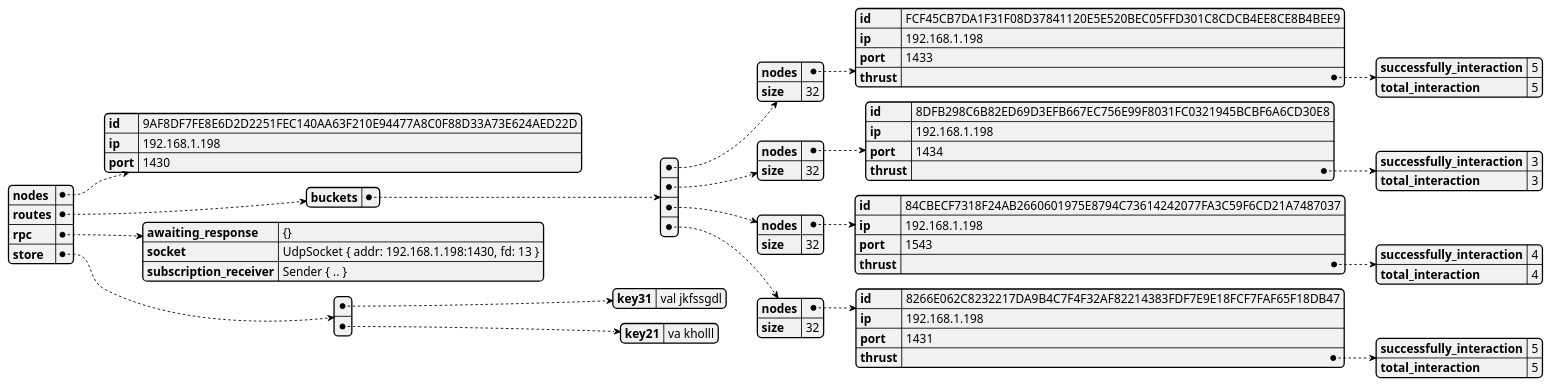
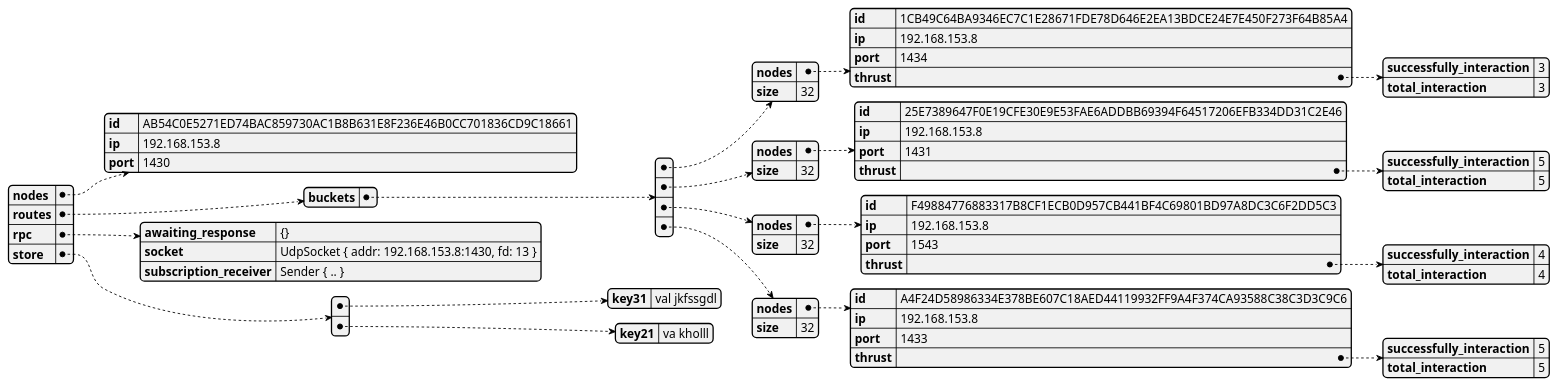
Before and after one commit to GoliathHagar/distributed_legder_kademlia: the diagram in src/distributed_legder/state_dumps/test-contact-1.json.plantuml, drawn with PlantUML. The commit also changed 28 other files, not shown here.

```diff
--- a/src/distributed_legder/state_dumps/test-contact-1.json.plantuml
+++ b/src/distributed_legder/state_dumps/test-contact-1.json.plantuml
@@ -1,3 +1,3 @@
 @startjson
-{"nodes":{"id":"9AF8DF7FE8E6D2D2251FEC140AA63F210E94477A8C0F88D33A73E624AED22D","ip":"192.168.1.198","port":1430},"routes":{"buckets":[{"nodes":{"id":"FCF45CB7DA1F31F08D37841120E5E520BEC05FFD301C8CDCB4EE8CE8B4BEE9","ip":"192.168.1.198","port":1433,"thrust":{"successfully_interaction":5,"total_interaction":5}},"size":32},{"nodes":{"id":"8DFB298C6B82ED69D3EFB667EC756E99F8031FC0321945BCBF6A6CD30E8","ip":"192.168.1.198","port":1434,"thrust":{"successfully_interaction":3,"total_interaction":3}},"size":32},{"nodes":{"id":"84CBECF7318F24AB2660601975E8794C73614242077FA3C59F6CD21A7487037","ip":"192.168.1.198","port":1543,"thrust":{"successfully_interaction":4,"total_interaction":4}},"size":32},{"nodes":{"id":"8266E062C8232217DA9B4C7F4F32AF82214383FDF7E9E18FCF7FAF65F18DB47","ip":"192.168.1.198","port":1431,"thrust":{"successfully_interaction":5,"total_interaction":5}},"size":32}]},"rpc":{"awaiting_response":"{}","socket":"UdpSocket { addr: 192.168.1.198:1430, fd: 13 }","subscription_receiver":"Sender { .. }"},"store":[{"key31":"val jkfssgdl"},{"key21":"va kholll"}]}
+{"nodes":{"id":"AB54C0E5271ED74BAC859730AC1B8B631E8F236E46B0CC701836CD9C18661","ip":"192.168.153.8","port":1430},"routes":{"buckets":[{"nodes":{"id":"1CB49C64BA9346EC7C1E28671FDE78D646E2EA13BDCE24E7E450F273F64B85A4","ip":"192.168.153.8","port":1434,"thrust":{"successfully_interaction":3,"total_interaction":3}},"size":32},{"nodes":{"id":"25E7389647F0E19CFE30E9E53FAE6ADDBB69394F64517206EFB334DD31C2E46","ip":"192.168.153.8","port":1431,"thrust":{"successfully_interaction":5,"total_interaction":5}},"size":32},{"nodes":{"id":"F49884776883317B8CF1ECB0D957CB441BF4C69801BD97A8DC3C6F2DD5C3","ip":"192.168.153.8","port":1543,"thrust":{"successfully_interaction":4,"total_interaction":4}},"size":32},{"nodes":{"id":"A4F24D58986334E378BE607C18AED44119932FF9A4F374CA93588C38C3D3C9C6","ip":"192.168.153.8","port":1433,"thrust":{"successfully_interaction":5,"total_interaction":5}},"size":32}]},"rpc":{"awaiting_response":"{}","socket":"UdpSocket { addr: 192.168.153.8:1430, fd: 13 }","subscription_receiver":"Sender { .. }"},"store":[{"key31":"val jkfssgdl"},{"key21":"va kholll"}]}
 @endjson
```
